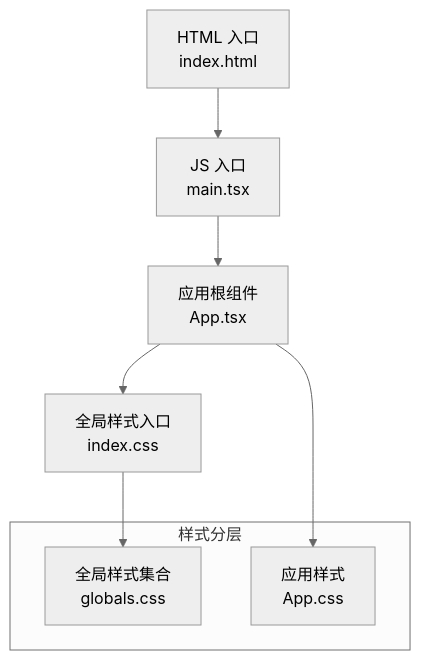
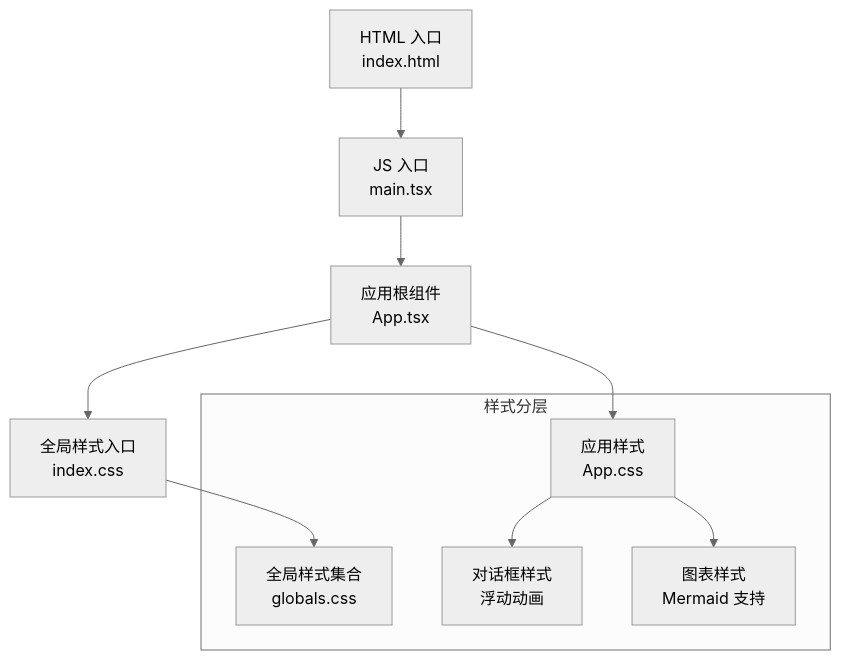
The first of 4 diagrams in .qoder/repowiki/zh/content/样式与主题.md (gongshiyun/ZenNote), drawn with Mermaid (neutral theme) before and after one commit. The commit also changed other lines of this file and 3 other files, not shown here.

````diff
--- a/.qoder/repowiki/zh/content/样式与主题.md
+++ b/.qoder/repowiki/zh/content/样式与主题.md
@@ -34,12 +50,16 @@
 ```mermaid
 graph TB
 A["HTML 入口<br/>index.html"] --> B["JS 入口<br/>main.tsx"]
 B --> C["应用根组件<br/>App.tsx"]
 C --> D["全局样式入口<br/>index.css"]
 D --> E["全局样式集合<br/>globals.css"]
 C --> F["应用样式<br/>App.css"]
+F --> G["对话框样式<br/>浮动动画"]
+F --> H["图表样式<br/>Mermaid 支持"]
 subgraph "样式分层"
 E
 F
+G
+H
 end
 ```
````
